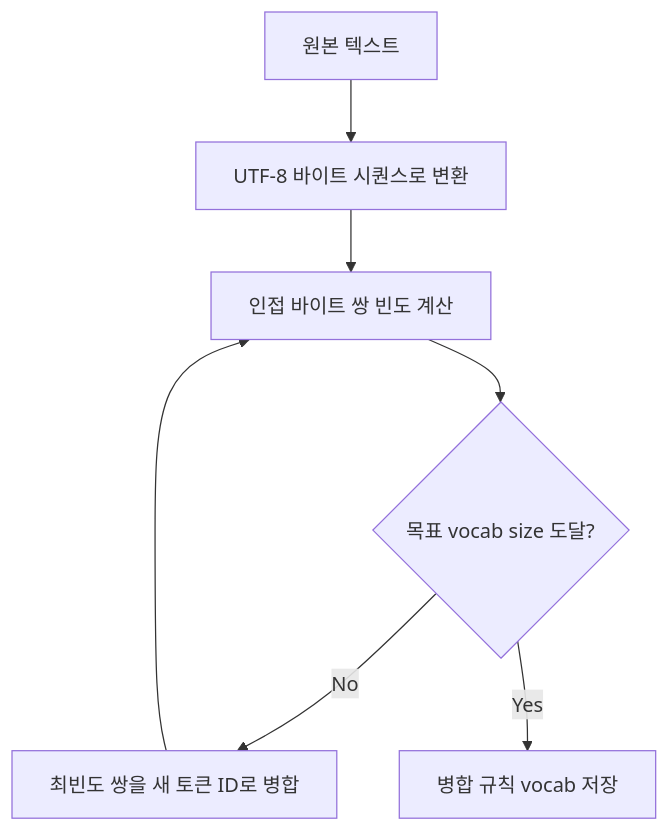
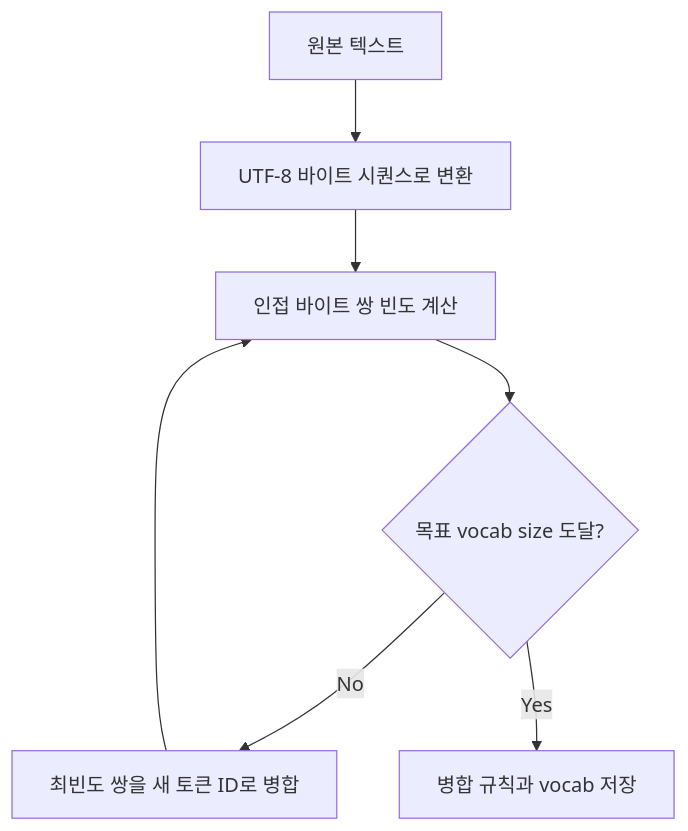
One commit to GYUTORY/YGSTUDY changed the first of 5 diagrams in Develop/AI/Concepts/LLM_Tokenizer.md. Above: the diagram before and after it, drawn with Mermaid. The commit also changed other lines of this file, not shown here.

````diff
--- a/Develop/AI/Concepts/LLM_Tokenizer.md
+++ b/Develop/AI/Concepts/LLM_Tokenizer.md
@@ -62,9 +58,9 @@
 ```mermaid
 flowchart TD
-    A[원본 텍스트] --> B[UTF-8 바이트 시퀀스로 변환]
-    B --> C[인접 바이트 쌍 빈도 계산]
-    C --> D{목표 vocab size 도달?}
-    D -- No --> E[최빈도 쌍을 새 토큰 ID로 병합]
+    A["원본 텍스트"] --> B["UTF-8 바이트 시퀀스로 변환"]
+    B --> C["인접 바이트 쌍 빈도 계산"]
+    C --> D{"목표 vocab size 도달?"}
+    D -- No --> E["최빈도 쌍을 새 토큰 ID로 병합"]
     E --> C
-    D -- Yes --> F[병합 규칙 vocab 저장]
+    D -- Yes --> F["병합 규칙과 vocab 저장"]
 ```
````
